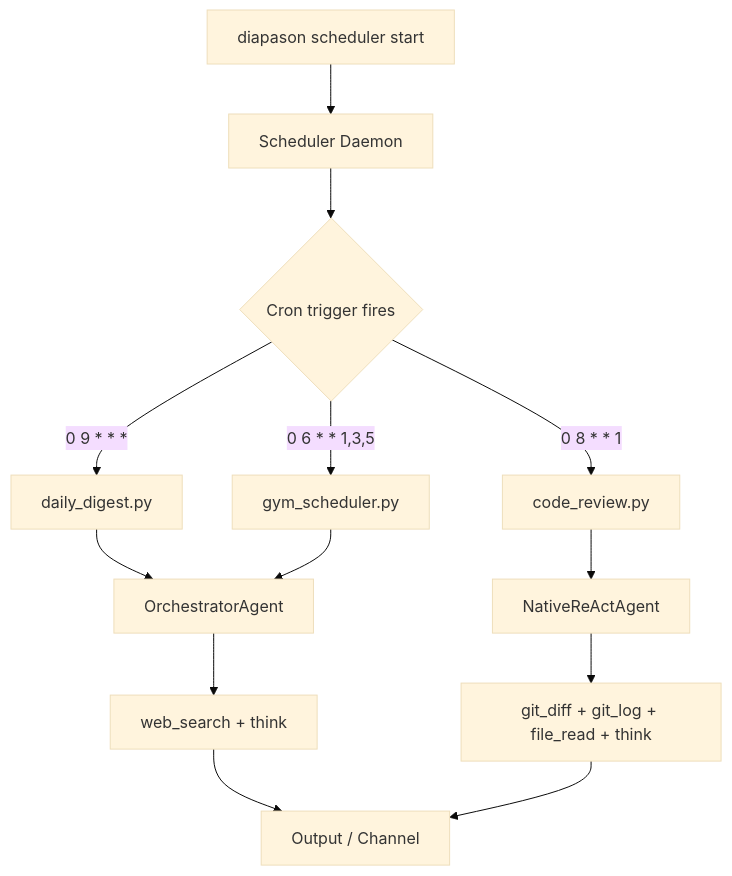
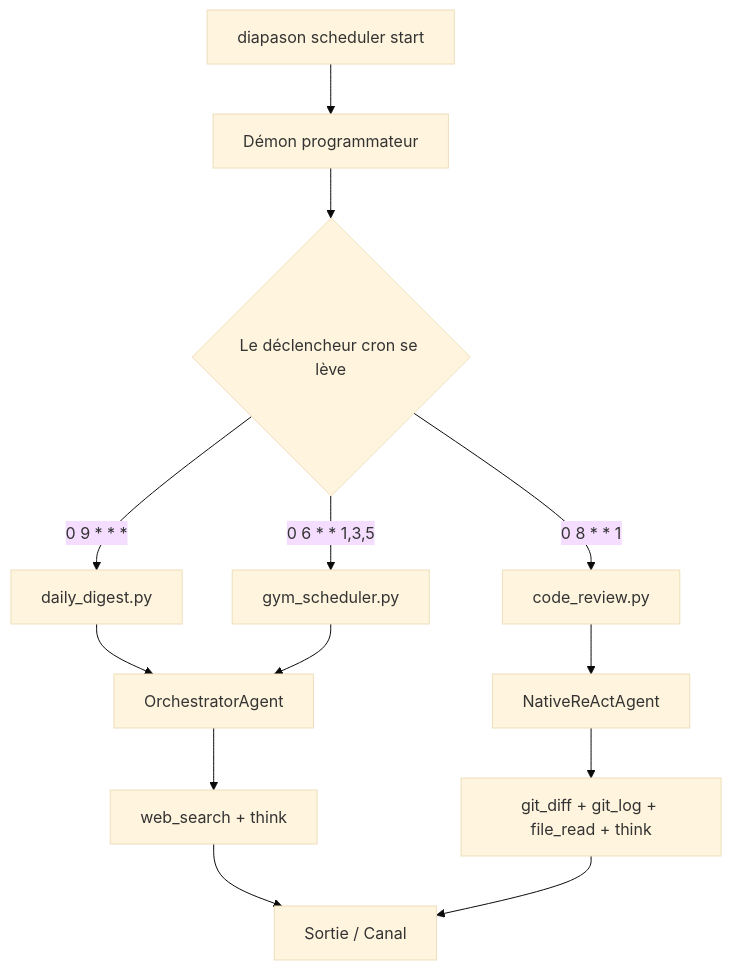
The diagram in docs/tutorials/scheduled-ops.md (carlitoetienne01-spec/Diapason), drawn with Mermaid (base theme) before and after one commit. The commit also changed other lines of this file and 257 other files, not shown here.

````diff
--- a/docs/tutorials/scheduled-ops.md
+++ b/docs/tutorials/scheduled-ops.md
@@ -50,15 +50,15 @@
 ```mermaid
 graph TD
-    A[diapason scheduler start] --> B[Scheduler Daemon]
-    B --> C{Cron trigger fires}
+    A[diapason scheduler start] --> B[Démon programmateur]
+    B --> C{Le déclencheur cron se lève}
     C -->|0 9 * * *| D[daily_digest.py]
     C -->|0 8 * * 1| E[code_review.py]
     C -->|0 6 * * 1,3,5| F[gym_scheduler.py]
     D --> G[OrchestratorAgent]
     E --> H[NativeReActAgent]
     F --> G
     G --> I[web_search + think]
     H --> J[git_diff + git_log + file_read + think]
-    I --> K[Output / Channel]
+    I --> K[Sortie / Canal]
     J --> K
 ```
````
